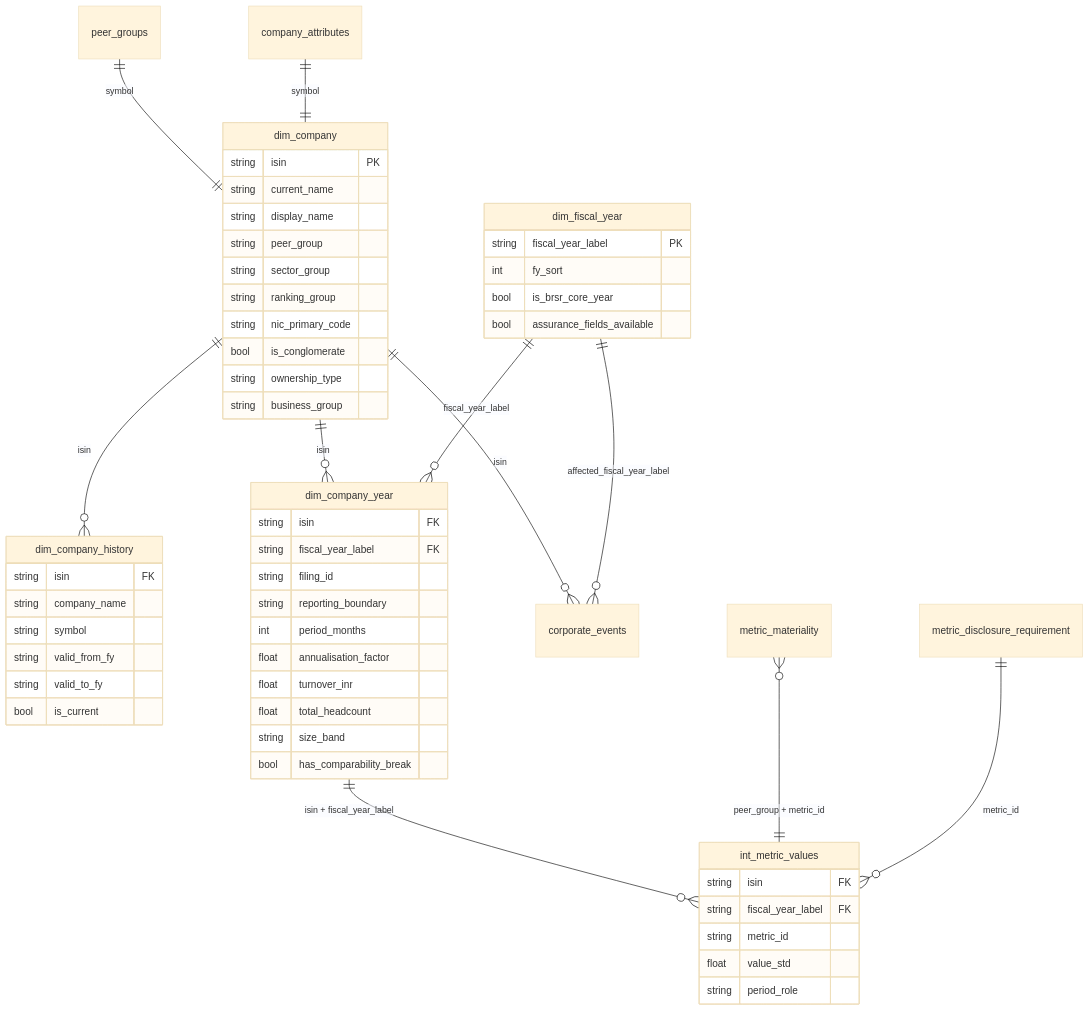
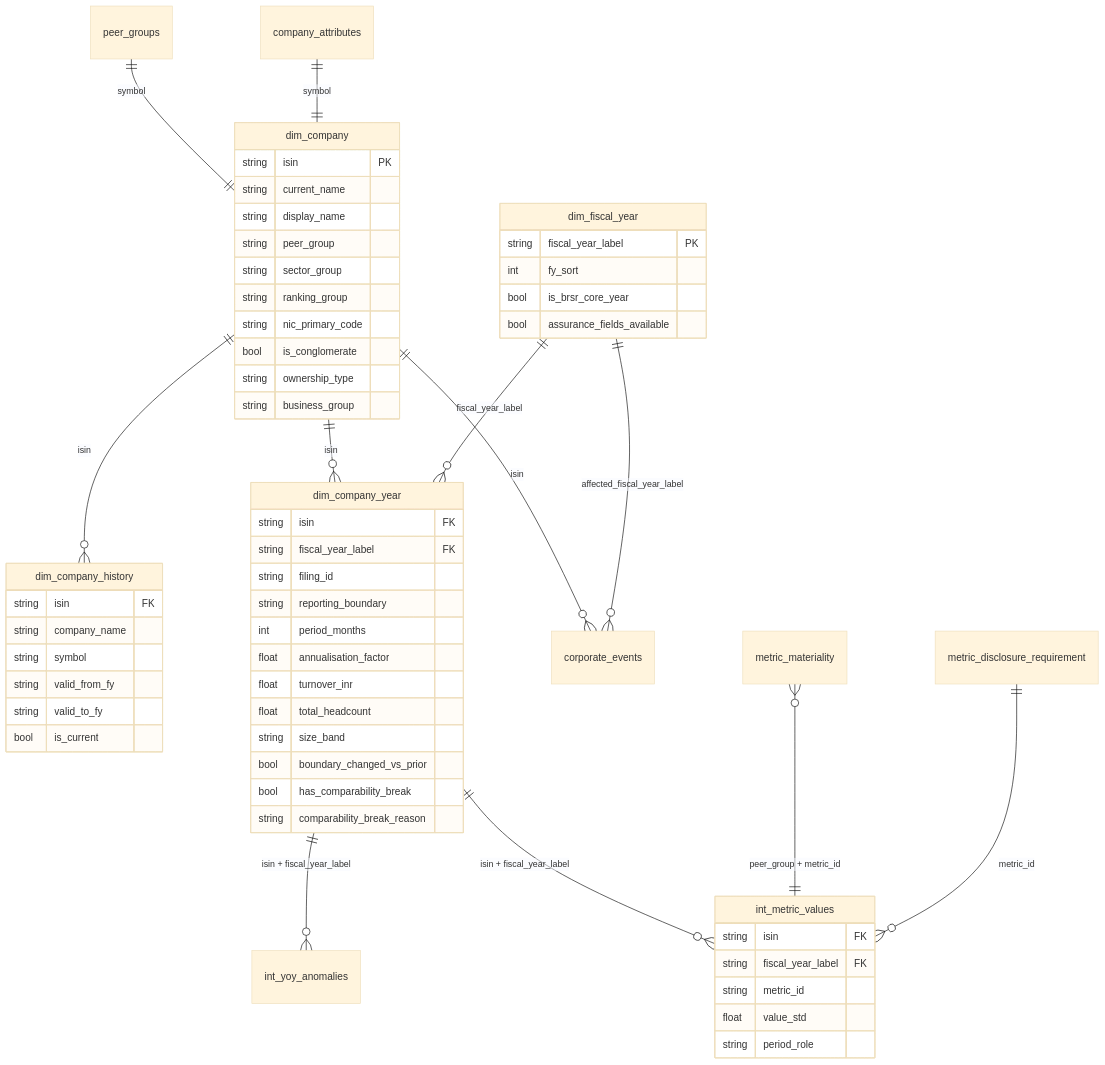
One commit to pritysapkal/esg-lens-india changed the diagram in docs/data_model.md. Above: the diagram before and after it, drawn with Mermaid (base theme). The commit also changed other lines of this file and 12 other files, not shown here.

````diff
--- a/docs/data_model.md
+++ b/docs/data_model.md
@@ -6,59 +6,62 @@
 ```mermaid
 erDiagram
     dim_company ||--o{ dim_company_history : "isin"
     dim_company ||--o{ dim_company_year : "isin"
     dim_fiscal_year ||--o{ dim_company_year : "fiscal_year_label"
+    dim_company_year ||--o{ int_yoy_anomalies : "isin + fiscal_year_label"
     dim_company_year ||--o{ int_metric_values : "isin + fiscal_year_label"
     dim_company ||--o{ corporate_events : "isin"
     dim_fiscal_year ||--o{ corporate_events : "affected_fiscal_year_label"
     peer_groups ||--|| dim_company : "symbol"
     company_attributes ||--|| dim_company : "symbol"
     metric_materiality }o--|| int_metric_values : "peer_group + metric_id"
     metric_disclosure_requirement ||--o{ int_metric_values : "metric_id"
 
     dim_company {
         string isin PK
         string current_name
         string display_name
         string peer_group
         string sector_group
         string ranking_group
         string nic_primary_code
         bool is_conglomerate
         string ownership_type
         string business_group
     }
     dim_company_history {
         string isin FK
         string company_name
         string symbol
         string valid_from_fy
         string valid_to_fy
         bool is_current
     }
     dim_company_year {
         string isin FK
         string fiscal_year_label FK
         string filing_id
         string reporting_boundary
         int period_months
         float annualisation_factor
         float turnover_inr
         float total_headcount
         string size_band
+        bool boundary_changed_vs_prior
         bool has_comparability_break
+        string comparability_break_reason
     }
     dim_fiscal_year {
         string fiscal_year_label PK
         int fy_sort
         bool is_brsr_core_year
         bool assurance_fields_available
     }
     int_metric_values {
         string isin FK
         string fiscal_year_label FK
         string metric_id
         float value_std
         string period_role
     }
 ```
````
